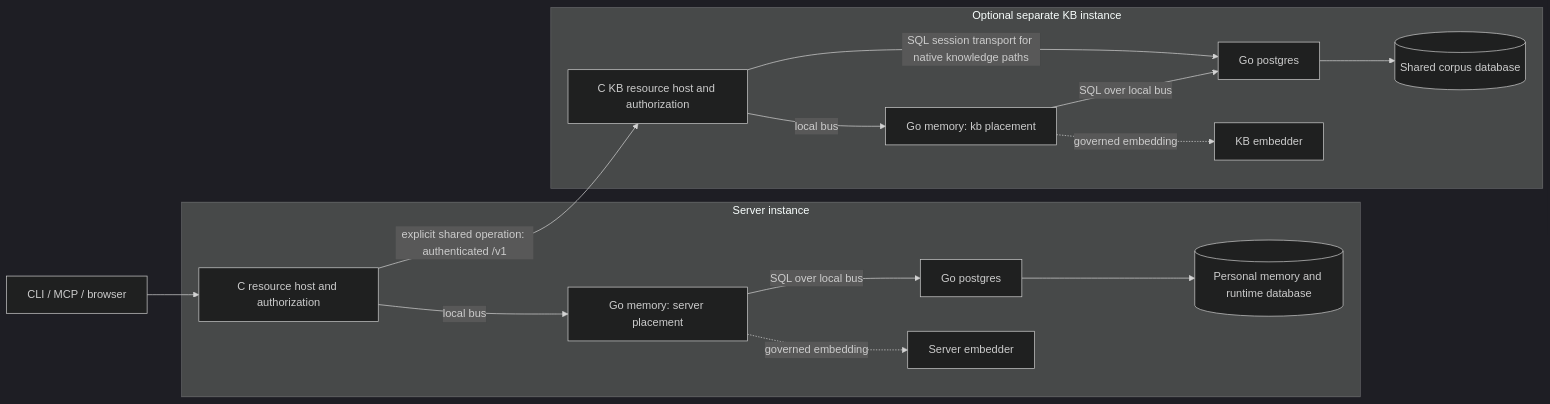
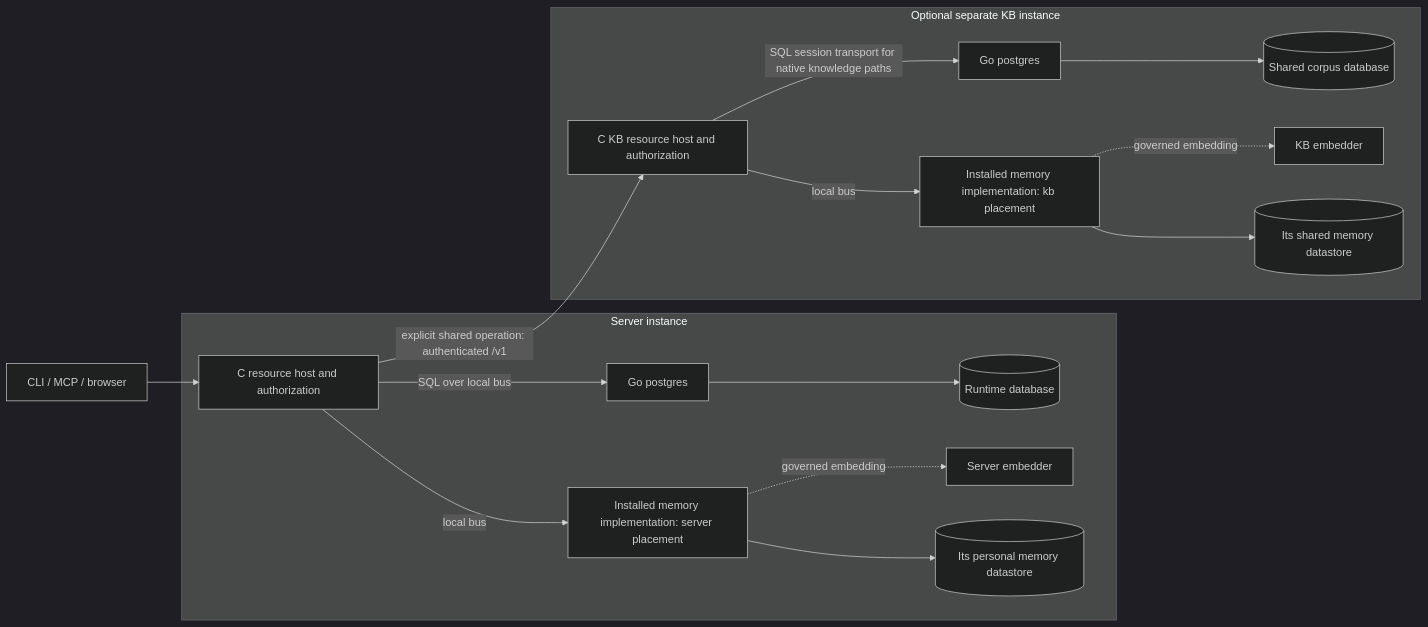
One commit to RakuenSoftware/aimee changed the diagram in docs/SERVER_AND_KB.md. Above: the diagram before and after it, drawn with Mermaid (dark theme). The commit also changed other lines of this file and 51 other files, not shown here.

````diff
--- a/docs/SERVER_AND_KB.md
+++ b/docs/SERVER_AND_KB.md
@@ -26,20 +30,21 @@
 ```mermaid
 flowchart LR
     CLIENT[CLI / MCP / browser] --> SH
     subgraph SERVER[Server instance]
-        SH[C resource host and authorization] -->|local bus| SM[Go memory: server placement]
-        SM -->|SQL over local bus| SP[Go postgres]
-        SP --> SD[(Personal memory and runtime database)]
+        SH[C resource host and authorization] -->|local bus| SM[Installed memory implementation: server placement]
+        SM --> SMD[(Its personal memory datastore)]
+        SH -->|SQL over local bus| SP[Go postgres]
+        SP --> SD[(Runtime database)]
         SE[Server embedder]
         SM -. governed embedding .-> SE
     end
     subgraph KB[Optional separate KB instance]
-        KH[C KB resource host and authorization] -->|local bus| KM[Go memory: kb placement]
-        KM -->|SQL over local bus| KP[Go postgres]
+        KH[C KB resource host and authorization] -->|local bus| KM[Installed memory implementation: kb placement]
+        KM --> KMD[(Its shared memory datastore)]
+        KH -->|SQL session transport for native knowledge paths| KP[Go postgres]
         KP --> KD[(Shared corpus database)]
-        KH -->|SQL session transport for native knowledge paths| KP
         KE[KB embedder]
         KM -. governed embedding .-> KE
     end
     SH -->|explicit shared operation: authenticated /v1| KH
 ```
````
